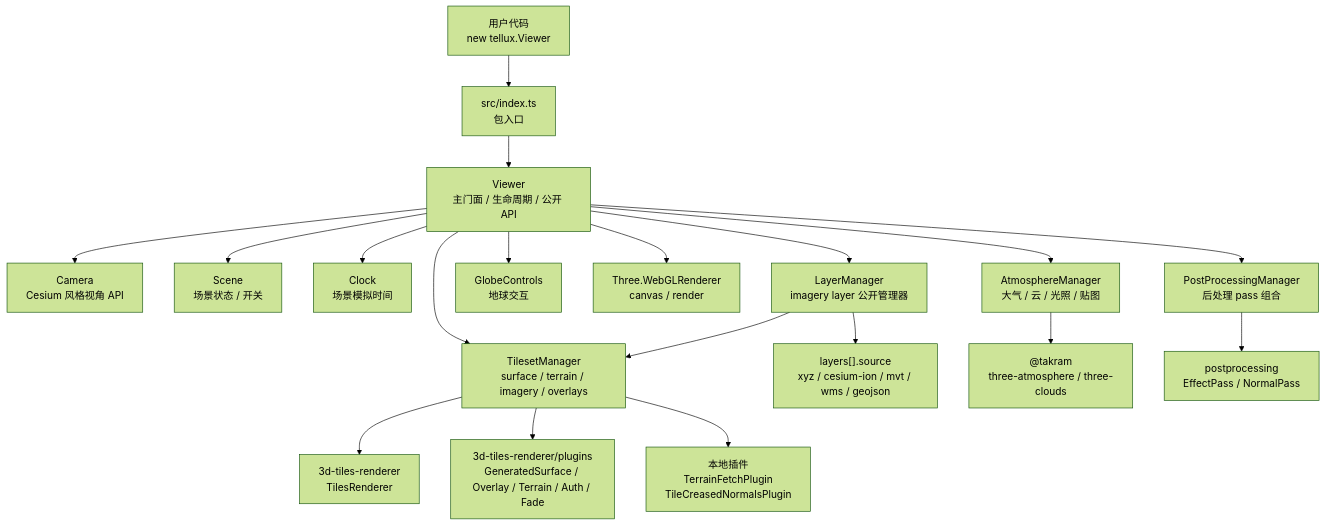
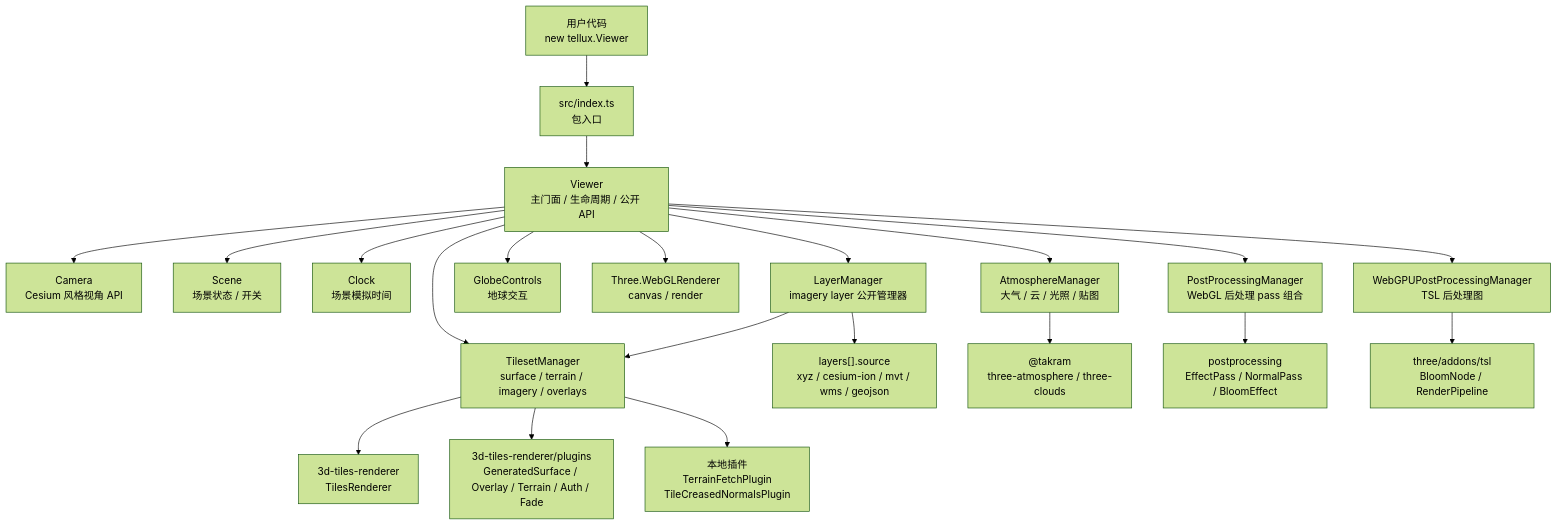
Before and after one commit to cyanfish-x/tellux: the first of 4 diagrams in notes/架构/项目架构.md, drawn with Mermaid (forest theme). The commit also changed other lines of this file and 21 other files, not shown here.

Commit message:
feat: 接入跨渲染后端 Bloom 后处理

````diff
--- a/notes/架构/项目架构.md
+++ b/notes/架构/项目架构.md
@@ -9,25 +9,27 @@
 ```mermaid
 flowchart TB
   User["用户代码<br/>new tellux.Viewer"] --> Entry["src/index.ts<br/>包入口"]
   Entry --> Viewer["Viewer<br/>主门面 / 生命周期 / 公开 API"]
 
   Viewer --> Camera["Camera<br/>Cesium 风格视角 API"]
   Viewer --> Scene["Scene<br/>场景状态 / 开关"]
   Viewer --> Clock["Clock<br/>场景模拟时间"]
   Viewer --> LayerManager["LayerManager<br/>imagery layer 公开管理器"]
   Viewer --> Controls["GlobeControls<br/>地球交互"]
   Viewer --> Renderer["Three.WebGLRenderer<br/>canvas / render"]
 
   Viewer --> TilesetManager["TilesetManager<br/>surface / terrain / imagery / overlays"]
   Viewer --> AtmosphereManager["AtmosphereManager<br/>大气 / 云 / 光照 / 贴图"]
-  Viewer --> PostProcessingManager["PostProcessingManager<br/>后处理 pass 组合"]
+  Viewer --> PostProcessingManager["PostProcessingManager<br/>WebGL 后处理 pass 组合"]
+  Viewer --> WebGPUPostProcessing["WebGPUPostProcessingManager<br/>TSL 后处理图"]
 
   TilesetManager --> TilesRenderer["3d-tiles-renderer<br/>TilesRenderer"]
   LayerManager --> TilesetManager
   TilesetManager --> RendererPlugins["3d-tiles-renderer/plugins<br/>GeneratedSurface / Overlay / Terrain / Auth / Fade"]
   TilesetManager --> LocalPlugins["本地插件<br/>TerrainFetchPlugin<br/>TileCreasedNormalsPlugin"]
   LayerManager --> Sources["layers[].source<br/>xyz / cesium-ion / mvt / wms / geojson"]
 
   AtmosphereManager --> Takram["@takram<br/>three-atmosphere / three-clouds"]
-  PostProcessingManager --> Postprocessing["postprocessing<br/>EffectPass / NormalPass"]
+  PostProcessingManager --> Postprocessing["postprocessing<br/>EffectPass / NormalPass / BloomEffect"]
+  WebGPUPostProcessing --> ThreeTSL["three/addons/tsl<br/>BloomNode / RenderPipeline"]
 ```
````
